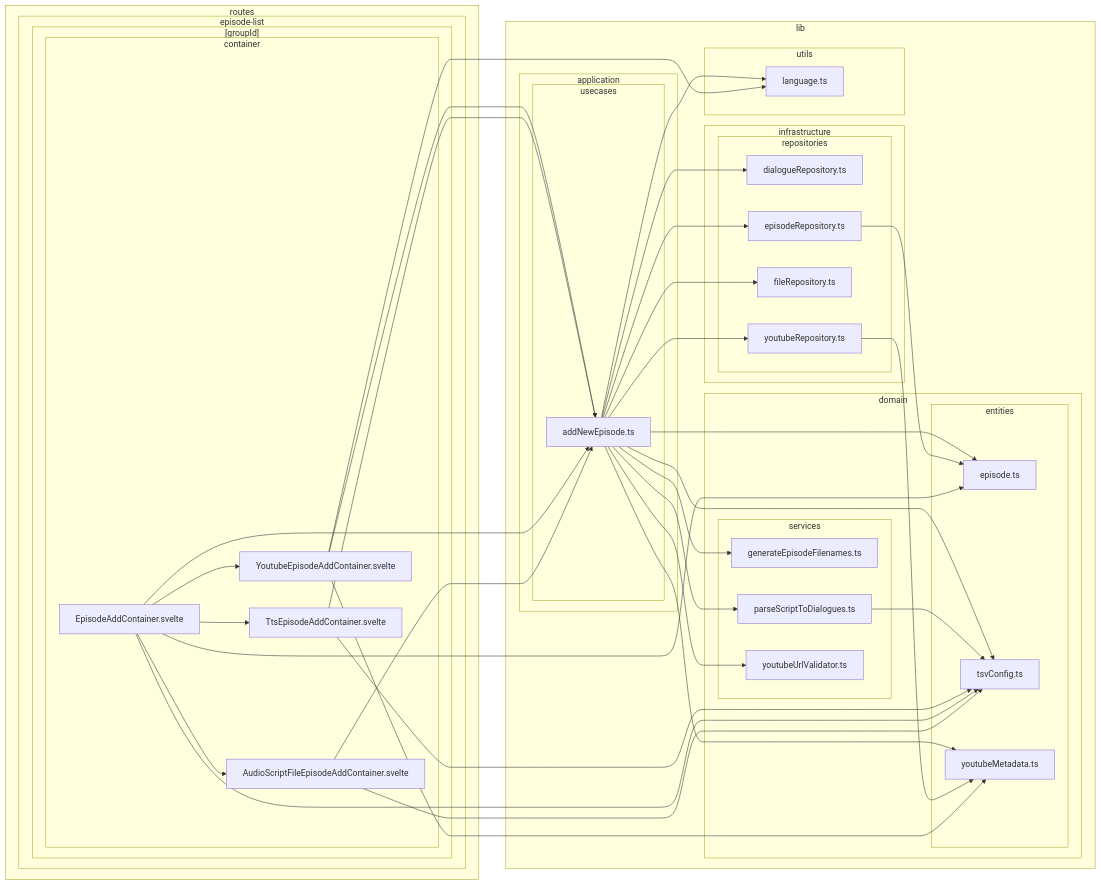
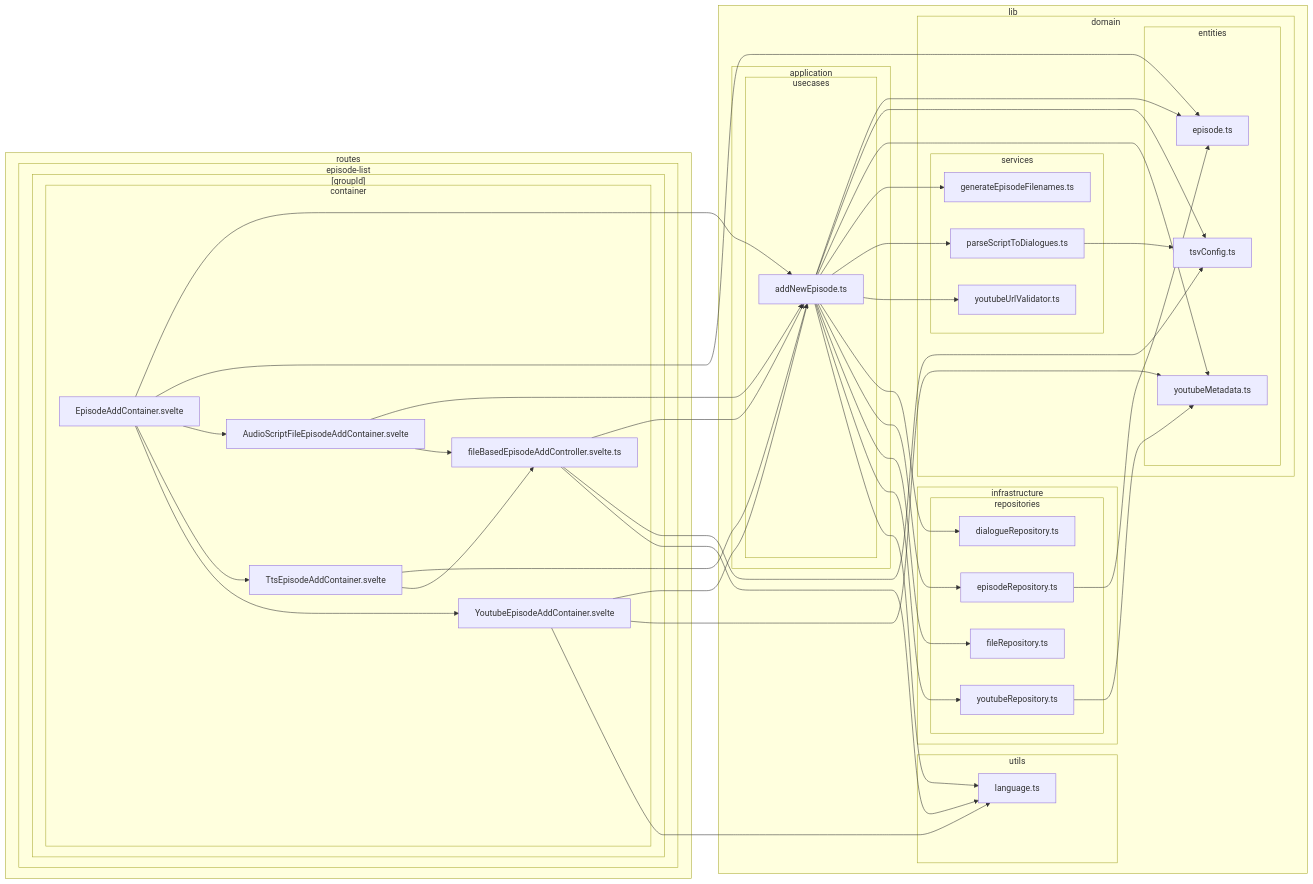
Before and after one commit to k5n/kotonoha: the sixth of 38 diagrams in doc/dependency-graph.md, drawn with Mermaid. The commit also changed other lines of this file and 6 other files, not shown here.

Commit message:
refactor: remove fileBasedEpisodeAddStore and implement fileBasedEpisodeAddController for episode addition

````diff
--- a/doc/dependency-graph.md
+++ b/doc/dependency-graph.md
@@ -264,72 +263,75 @@
 ```mermaid
 graph LR
         subgraph sg_lib ["lib"]
             subgraph sg_lib_application ["application"]
                 subgraph sg_lib_application_usecases ["usecases"]
                     src_lib_application_usecases_addNewEpisode_ts["addNewEpisode.ts"]
                 end
             end
             subgraph sg_lib_domain ["domain"]
                 subgraph sg_lib_domain_entities ["entities"]
                     src_lib_domain_entities_episode_ts["episode.ts"]
                     src_lib_domain_entities_tsvConfig_ts["tsvConfig.ts"]
                     src_lib_domain_entities_youtubeMetadata_ts["youtubeMetadata.ts"]
                 end
                 subgraph sg_lib_domain_services ["services"]
                     src_lib_domain_services_generateEpisodeFilenames_ts["generateEpisodeFilenames.ts"]
                     src_lib_domain_services_parseScriptToDialogues_ts["parseScriptToDialogues.ts"]
                     src_lib_domain_services_youtubeUrlValidator_ts["youtubeUrlValidator.ts"]
                 end
             end
             subgraph sg_lib_infrastructure ["infrastructure"]
                 subgraph sg_lib_infrastructure_repositories ["repositories"]
                     src_lib_infrastructure_repositories_dialogueRepository_ts["dialogueRepository.ts"]
                     src_lib_infrastructure_repositories_episodeRepository_ts["episodeRepository.ts"]
                     src_lib_infrastructure_repositories_fileRepository_ts["fileRepository.ts"]
                     src_lib_infrastructure_repositories_youtubeRepository_ts["youtubeRepository.ts"]
                 end
             end
             subgraph sg_lib_utils ["utils"]
                 src_lib_utils_language_ts["language.ts"]
             end
         end
         subgraph sg_routes ["routes"]
             subgraph sg_routes_episode_list ["episode-list"]
                 subgraph sg_routes_episode_list__groupId_ ["[groupId]"]
                     subgraph sg_routes_episode_list__groupId__container ["container"]
                         src_routes_episode_list__groupId__container_AudioScriptFileEpisodeAddContainer_svelte["AudioScriptFileEpisodeAddContainer.svelte"]
                         src_routes_episode_list__groupId__container_EpisodeAddContainer_svelte["EpisodeAddContainer.svelte"]
+                        src_routes_episode_list__groupId__container_fileBasedEpisodeAddController_svelte_ts["fileBasedEpisodeAddController.svelte.ts"]
                         src_routes_episode_list__groupId__container_TtsEpisodeAddContainer_svelte["TtsEpisodeAddContainer.svelte"]
                         src_routes_episode_list__groupId__container_YoutubeEpisodeAddContainer_svelte["YoutubeEpisodeAddContainer.svelte"]
                     end
                 end
             end
         end
     src_lib_application_usecases_addNewEpisode_ts --> src_lib_domain_entities_episode_ts
     src_lib_application_usecases_addNewEpisode_ts --> src_lib_domain_entities_tsvConfig_ts
     src_lib_application_usecases_addNewEpisode_ts --> src_lib_domain_entities_youtubeMetadata_ts
     src_lib_application_usecases_addNewEpisode_ts --> src_lib_domain_services_generateEpisodeFilenames_ts
     src_lib_application_usecases_addNewEpisode_ts --> src_lib_domain_services_parseScriptToDialogues_ts
     src_lib_application_usecases_addNewEpisode_ts --> src_lib_domain_services_youtubeUrlValidator_ts
     src_lib_application_usecases_addNewEpisode_ts --> src_lib_infrastructure_repositories_dialogueRepository_ts
     src_lib_application_usecases_addNewEpisode_ts --> src_lib_infrastructure_repositories_episodeRepository_ts
     src_lib_application_usecases_addNewEpisode_ts --> src_lib_infrastructure_repositories_fileRepository_ts
     src_lib_application_usecases_addNewEpisode_ts --> src_lib_infrastructure_repositories_youtubeRepository_ts
     src_lib_application_usecases_addNewEpisode_ts --> src_lib_utils_language_ts
     src_lib_domain_services_parseScriptToDialogues_ts --> src_lib_domain_entities_tsvConfig_ts
     src_lib_infrastructure_repositories_episodeRepository_ts --> src_lib_domain_entities_episode_ts
     src_lib_infrastructure_repositories_youtubeRepository_ts --> src_lib_domain_entities_youtubeMetadata_ts
+    src_routes_episode_list__groupId__container_fileBasedEpisodeAddController_svelte_ts --> src_lib_application_usecases_addNewEpisode_ts
+    src_routes_episode_list__groupId__container_fileBasedEpisodeAddController_svelte_ts --> src_lib_domain_entities_tsvConfig_ts
+    src_routes_episode_list__groupId__container_fileBasedEpisodeAddController_svelte_ts --> src_lib_utils_language_ts
     src_routes_episode_list__groupId__container_YoutubeEpisodeAddContainer_svelte --> src_lib_application_usecases_addNewEpisode_ts
     src_routes_episode_list__groupId__container_YoutubeEpisodeAddContainer_svelte --> src_lib_domain_entities_youtubeMetadata_ts
     src_routes_episode_list__groupId__container_YoutubeEpisodeAddContainer_svelte --> src_lib_utils_language_ts
     src_routes_episode_list__groupId__container_TtsEpisodeAddContainer_svelte --> src_lib_application_usecases_addNewEpisode_ts
-    src_routes_episode_list__groupId__container_TtsEpisodeAddContainer_svelte --> src_lib_domain_entities_tsvConfig_ts
+    src_routes_episode_list__groupId__container_TtsEpisodeAddContainer_svelte --> src_routes_episode_list__groupId__container_fileBasedEpisodeAddController_svelte_ts
     src_routes_episode_list__groupId__container_EpisodeAddContainer_svelte --> src_lib_application_usecases_addNewEpisode_ts
     src_routes_episode_list__groupId__container_EpisodeAddContainer_svelte --> src_lib_domain_entities_episode_ts
-    src_routes_episode_list__groupId__container_EpisodeAddContainer_svelte --> src_lib_domain_entities_tsvConfig_ts
     src_routes_episode_list__groupId__container_EpisodeAddContainer_svelte --> src_routes_episode_list__groupId__container_AudioScriptFileEpisodeAddContainer_svelte
     src_routes_episode_list__groupId__container_EpisodeAddContainer_svelte --> src_routes_episode_list__groupId__container_TtsEpisodeAddContainer_svelte
     src_routes_episode_list__groupId__container_EpisodeAddContainer_svelte --> src_routes_episode_list__groupId__container_YoutubeEpisodeAddContainer_svelte
     src_routes_episode_list__groupId__container_AudioScriptFileEpisodeAddContainer_svelte --> src_lib_application_usecases_addNewEpisode_ts
-    src_routes_episode_list__groupId__container_AudioScriptFileEpisodeAddContainer_svelte --> src_lib_domain_entities_tsvConfig_ts
+    src_routes_episode_list__groupId__container_AudioScriptFileEpisodeAddContainer_svelte --> src_routes_episode_list__groupId__container_fileBasedEpisodeAddController_svelte_ts
 ```
````
